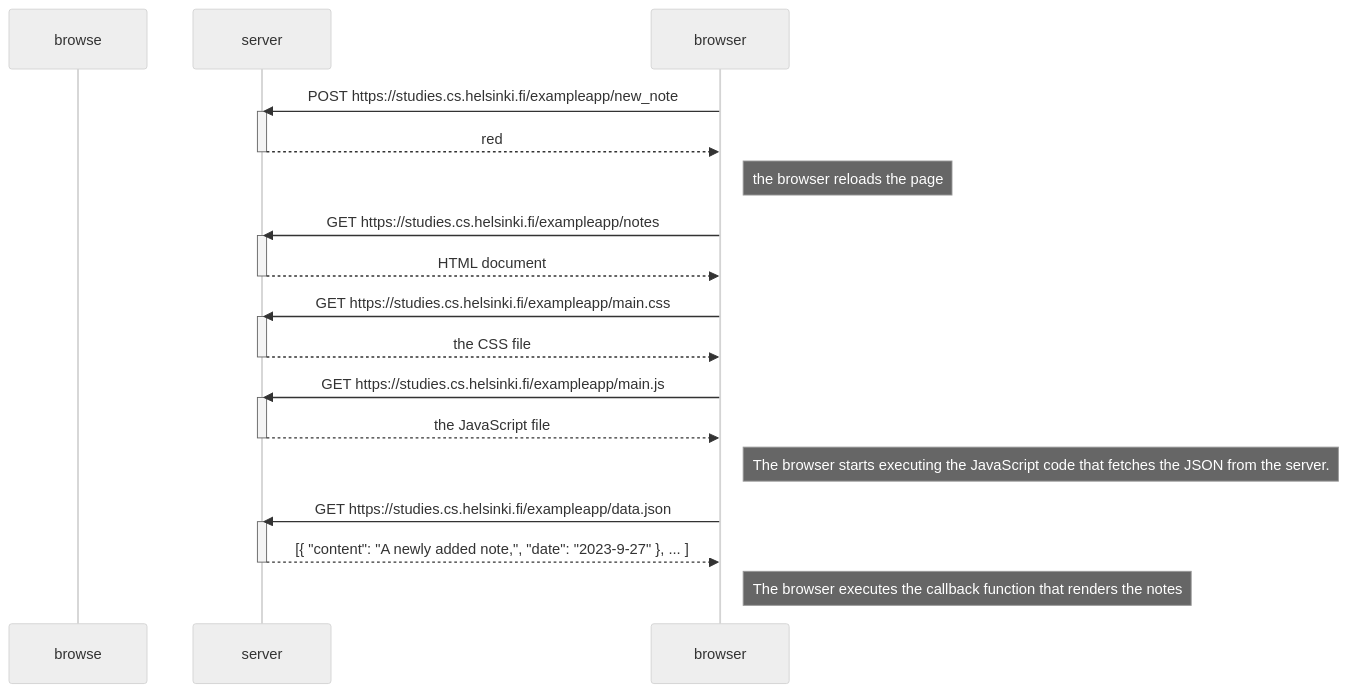
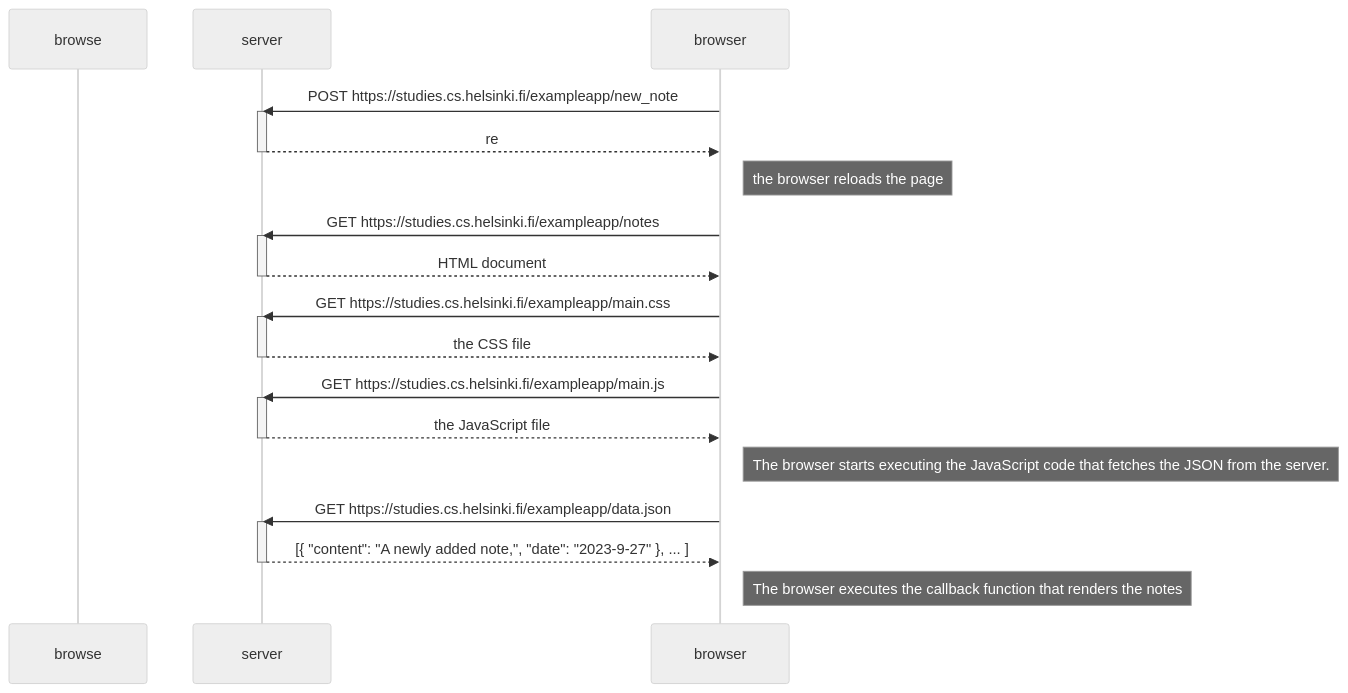
Before and after one commit to AlexanderGurnet/fullstackopen: the diagram in part0/0.4/new_note_diagram.md, drawn with Mermaid (neutral theme).

````diff
--- a/part0/0.4/new_note_diagram.md
+++ b/part0/0.4/new_note_diagram.md
@@ -2,35 +2,35 @@
 ```mermaid
   sequenceDiagram
     participant browse
     participant server
 
     browser->>server: POST https://studies.cs.helsinki.fi/exampleapp/new_note
     activate server
-    server-->>browser: red
+    server-->>browser: re
     deactivate server
     Note right of browser: the browser reloads the page
 
     browser->>server: GET https://studies.cs.helsinki.fi/exampleapp/notes
     activate server
     server-->>browser: HTML document
     deactivate server
     
     browser->>server: GET https://studies.cs.helsinki.fi/exampleapp/main.css
     activate server
     server-->>browser: the CSS file
     deactivate server
 
     browser->>server: GET https://studies.cs.helsinki.fi/exampleapp/main.js
     activate server
     server-->>browser: the JavaScript file
     deactivate server
 
     Note right of browser: The browser starts executing the JavaScript code that fetches the JSON from the server.
 
     browser->>server: GET https://studies.cs.helsinki.fi/exampleapp/data.json
     activate server
     server-->>browser: [{ "content": "A newly added note,", "date": "2023-9-27" }, ... ]
     deactivate server
 
     Note right of browser: The browser executes the callback function that renders the notes
 ```
````
